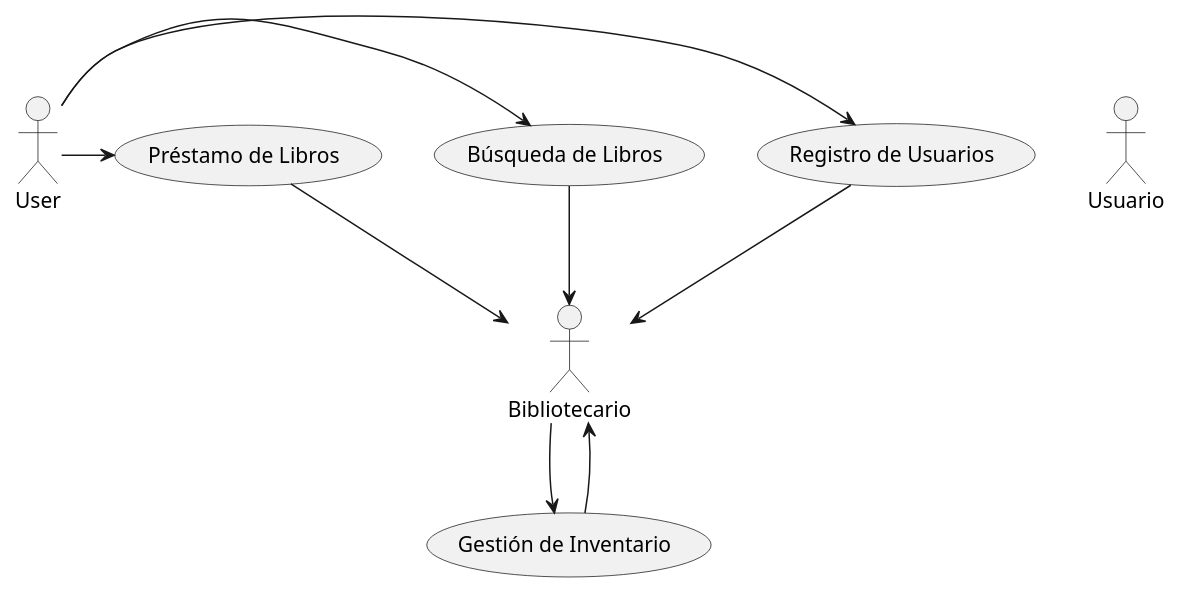
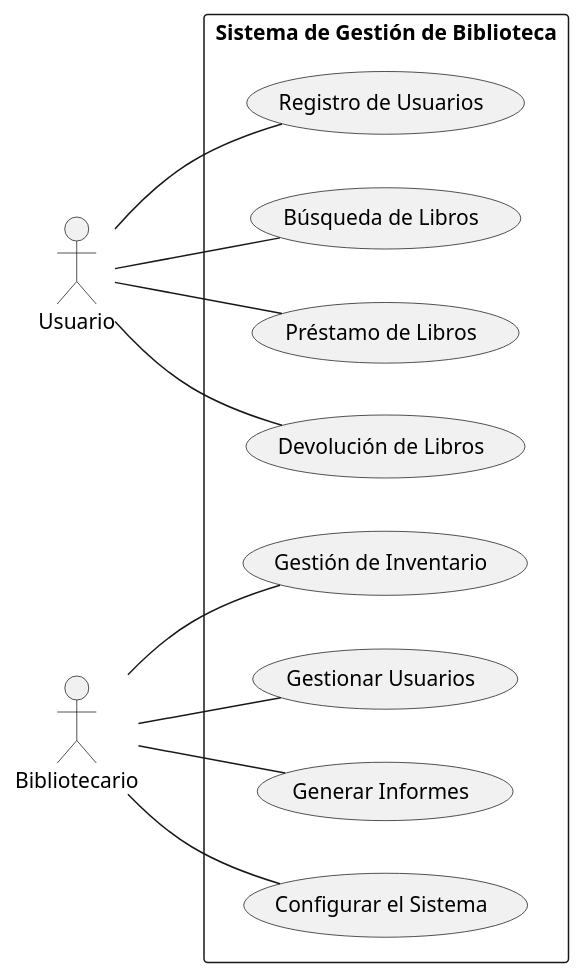
One commit to Marlon271/Ejercicio-1 changed the diagram in Diagrama de casos de uso/Diagrama casos de uso.wsd. Above: the diagram before and after it, drawn with PlantUML. The commit also changed 2 other files, not shown here.

```diff
--- a/Diagrama de casos de uso/Diagrama casos de uso.wsd
+++ b/Diagrama de casos de uso/Diagrama casos de uso.wsd
@@ -1,15 +1,25 @@
 @startuml
+left to right direction
 actor Usuario
 actor Bibliotecario
 
-User -> (Registro de Usuarios)
-User -> (Búsqueda de Libros)
-User -> (Préstamo de Libros)
-Bibliotecario -> (Gestión de Inventario)
+rectangle "Sistema de Gestión de Biblioteca" {
+    (Registro de Usuarios) as UC1
+    (Búsqueda de Libros) as UC2
+    (Préstamo de Libros) as UC3
+    (Devolución de Libros) as UC3_1
+    (Gestión de Inventario) as UC4
+    (Gestionar Usuarios) as UC5
+    (Generar Informes) as UC6
+    (Configurar el Sistema) as UC7
 
-(Registro de Usuarios) --> (Bibliotecario)
-(Búsqueda de Libros) --> (Bibliotecario)
-(Préstamo de Libros) --> (Bibliotecario)
-(Gestión de Inventario) --> (Bibliotecario)
-
+    Usuario -- UC1
+    Usuario -- UC2
+    Usuario -- UC3
+    Usuario -- UC3_1
+    Bibliotecario -- UC4 
+    Bibliotecario -- UC5
+    Bibliotecario -- UC6
+    Bibliotecario -- UC7
+}
 @enduml
```
